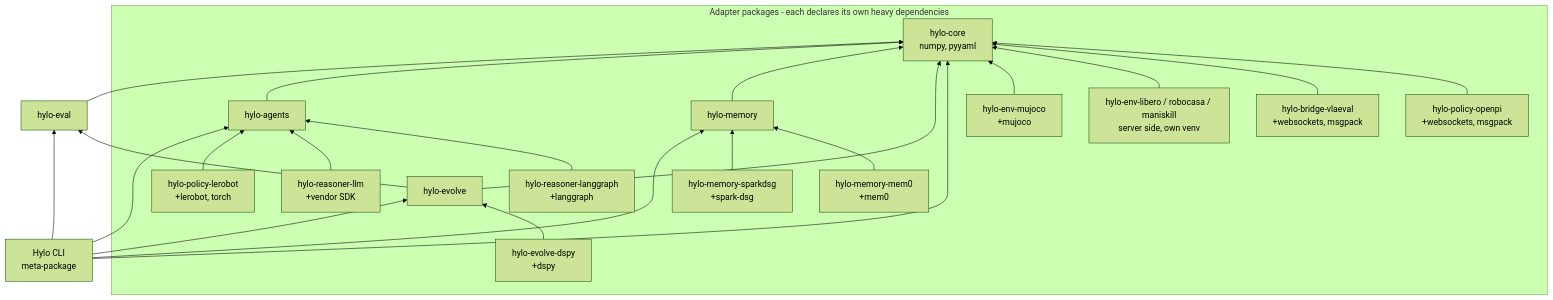
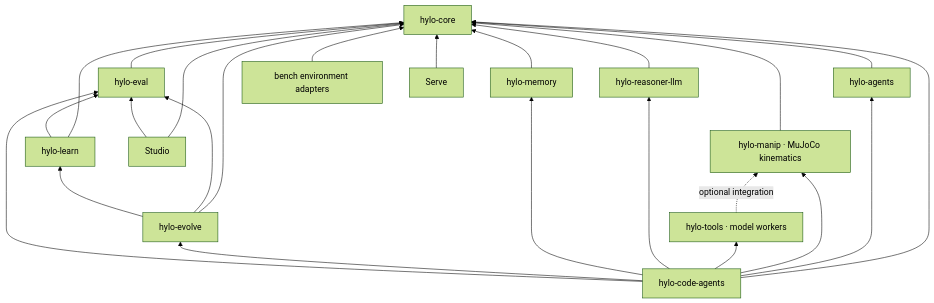
The first of 3 diagrams in docs/dependency-graph.md (HyloAI/hylo-harness), drawn with Mermaid (forest theme) before and after one commit. The commit also changed other lines of this file and 78 other files, not shown here.

````diff
--- a/docs/dependency-graph.md
+++ b/docs/dependency-graph.md
@@ -9,23 +9,15 @@
 ```mermaid
 flowchart BT
-  core[hylo-core<br/>numpy, pyyaml]
-  eval[hylo-eval] --> core
+  eval[hylo-eval] --> core[hylo-core]
   agents[hylo-agents] --> core
   memory[hylo-memory] --> core
-  evolve[hylo-evolve] --> core
-  evolve --> eval
-  cli[Hylo CLI<br/>meta-package] --> core & eval & agents & memory & evolve
-
-  subgraph adapters[Adapter packages - each declares its own heavy dependencies]
-    envmj[hylo-env-mujoco<br/>+mujoco] --> core
-    envremote[hylo-env-libero / robocasa / maniskill<br/>server side, own venv] --> core
-    bridge[hylo-bridge-vlaeval<br/>+websockets, msgpack] --> core
-    polopenpi[hylo-policy-openpi<br/>+websockets, msgpack] --> core
-    pollerobot[hylo-policy-lerobot<br/>+lerobot, torch] --> agents
-    rsllm[hylo-reasoner-llm<br/>+vendor SDK] --> agents
-    rslg[hylo-reasoner-langgraph<br/>+langgraph] --> agents
-    evdspy[hylo-evolve-dspy<br/>+dspy] --> evolve
-    memdsg[hylo-memory-sparkdsg<br/>+spark-dsg] --> memory
-    memmem0[hylo-memory-mem0<br/>+mem0] --> memory
-  end
+  manip[hylo-manip · MuJoCo kinematics] --> core
+  tools[hylo-tools · model workers] -. optional integration .-> manip
+  llm[hylo-reasoner-llm] --> core
+  learn[hylo-learn] --> core & eval
+  evolve[hylo-evolve] --> core & eval & learn
+  code[hylo-code-agents] --> core & agents & manip & tools & llm & memory & evolve & eval
+  envs[bench environment adapters] --> core
+  studio[Studio] --> core & eval
+  serve[Serve] --> core
 ```
````
